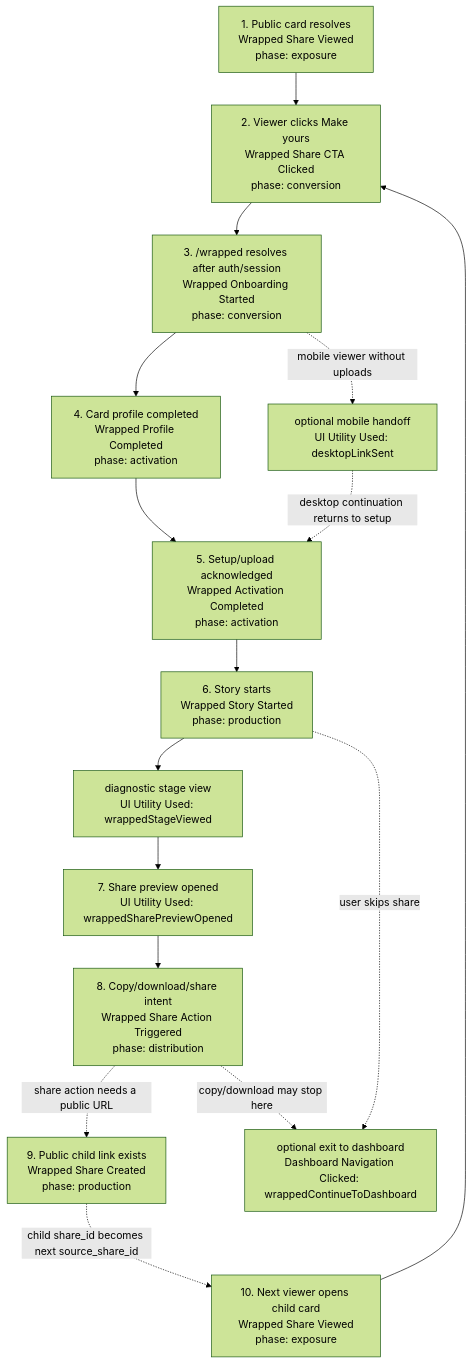
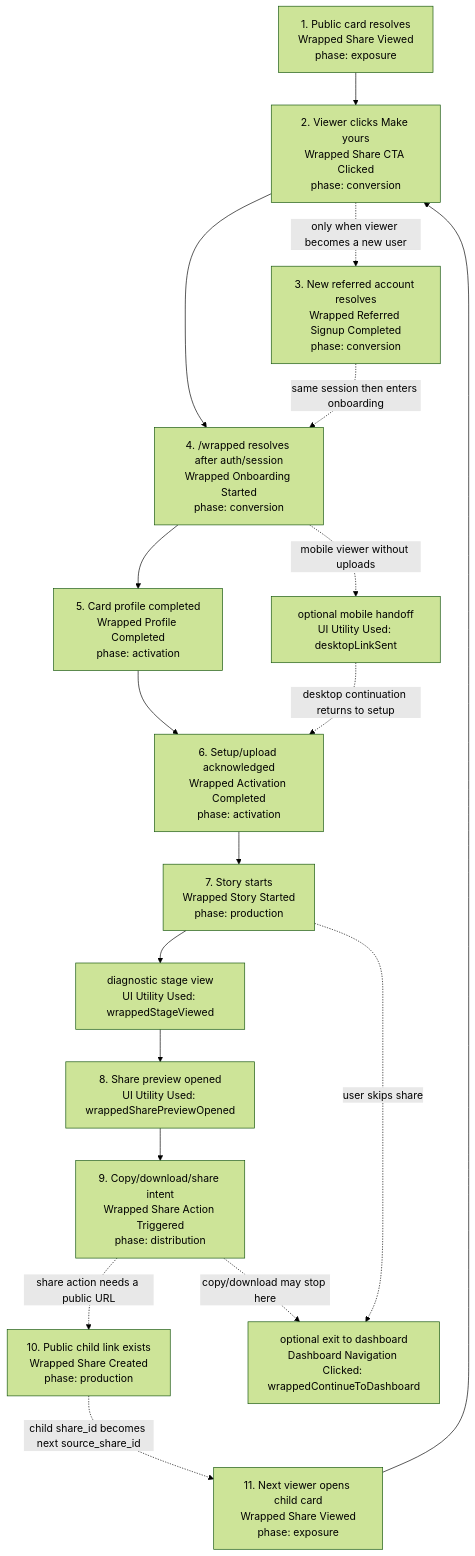
The diagram in docs/qa/wrapped-wom-growth-loop-instrumentation.md (evrendom/rudel), drawn with Mermaid (forest theme) before and after one commit. The commit also changed other lines of this file and 12 other files, not shown here.

````diff
--- a/docs/qa/wrapped-wom-growth-loop-instrumentation.md
+++ b/docs/qa/wrapped-wom-growth-loop-instrumentation.md
@@ -12,25 +12,28 @@
 ```mermaid
 flowchart TD
   A["1. Public card resolves<br/>Wrapped Share Viewed<br/>phase: exposure"]
   B["2. Viewer clicks Make yours<br/>Wrapped Share CTA Clicked<br/>phase: conversion"]
-  C["3. /wrapped resolves after auth/session<br/>Wrapped Onboarding Started<br/>phase: conversion"]
-  D["4. Card profile completed<br/>Wrapped Profile Completed<br/>phase: activation"]
-  E["optional mobile handoff<br/>UI Utility Used: desktopLinkSent"]
-  F["5. Setup/upload acknowledged<br/>Wrapped Activation Completed<br/>phase: activation"]
-  G["6. Story starts<br/>Wrapped Story Started<br/>phase: production"]
-  H["diagnostic stage view<br/>UI Utility Used: wrappedStageViewed"]
-  I["7. Share preview opened<br/>UI Utility Used: wrappedSharePreviewOpened"]
-  J["8. Copy/download/share intent<br/>Wrapped Share Action Triggered<br/>phase: distribution"]
-  K["9. Public child link exists<br/>Wrapped Share Created<br/>phase: production"]
-  L["optional exit to dashboard<br/>Dashboard Navigation Clicked: wrappedContinueToDashboard"]
-  M["10. Next viewer opens child card<br/>Wrapped Share Viewed<br/>phase: exposure"]
+  C["3. New referred account resolves<br/>Wrapped Referred Signup Completed<br/>phase: conversion"]
+  D["4. /wrapped resolves after auth/session<br/>Wrapped Onboarding Started<br/>phase: conversion"]
+  E["5. Card profile completed<br/>Wrapped Profile Completed<br/>phase: activation"]
+  F["optional mobile handoff<br/>UI Utility Used: desktopLinkSent"]
+  G["6. Setup/upload acknowledged<br/>Wrapped Activation Completed<br/>phase: activation"]
+  H["7. Story starts<br/>Wrapped Story Started<br/>phase: production"]
+  I["diagnostic stage view<br/>UI Utility Used: wrappedStageViewed"]
+  J["8. Share preview opened<br/>UI Utility Used: wrappedSharePreviewOpened"]
+  K["9. Copy/download/share intent<br/>Wrapped Share Action Triggered<br/>phase: distribution"]
+  L["10. Public child link exists<br/>Wrapped Share Created<br/>phase: production"]
+  M["optional exit to dashboard<br/>Dashboard Navigation Clicked: wrappedContinueToDashboard"]
+  N["11. Next viewer opens child card<br/>Wrapped Share Viewed<br/>phase: exposure"]
 
-  A --> B --> C --> D --> F --> G --> H --> I --> J
-  C -. "mobile viewer without uploads" .-> E
-  E -. "desktop continuation returns to setup" .-> F
-  J -. "share action needs a public URL" .-> K
-  J -. "copy/download may stop here" .-> L
-  K -. "child share_id becomes next source_share_id" .-> M
-  M --> B
-  G -. "user skips share" .-> L
+  A --> B --> D --> E --> G --> H --> I --> J --> K
+  B -. "only when viewer becomes a new user" .-> C
+  C -. "same session then enters onboarding" .-> D
+  D -. "mobile viewer without uploads" .-> F
+  F -. "desktop continuation returns to setup" .-> G
+  K -. "share action needs a public URL" .-> L
+  K -. "copy/download may stop here" .-> M
+  L -. "child share_id becomes next source_share_id" .-> N
+  N --> B
+  H -. "user skips share" .-> M
 ```
````
